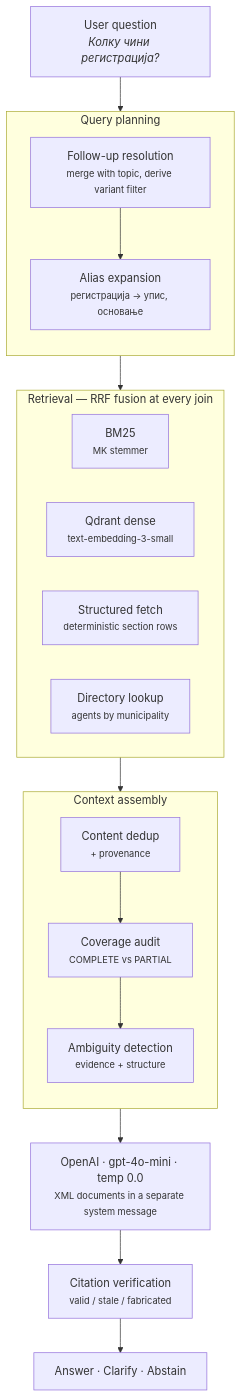
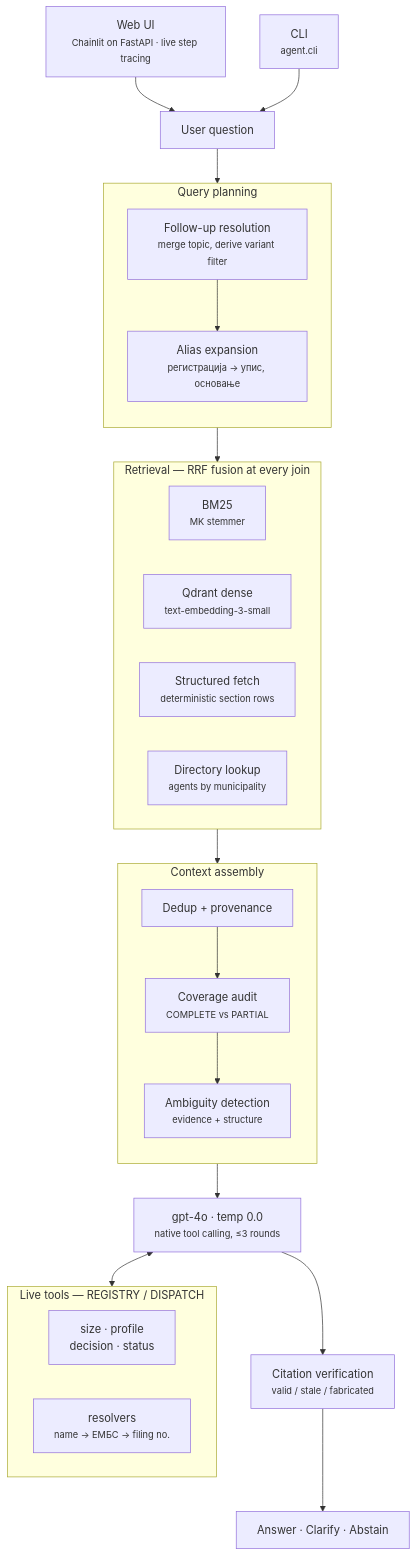
Before and after one commit to ditoelrey/crm-rag-agent: the diagram in README.md, drawn with Mermaid. The commit also changed other lines of this file and 22 other files, not shown here.

````diff
--- a/README.md
+++ b/README.md
@@ -64,35 +39,45 @@
 ```mermaid
 flowchart TB
-    Q["User question<br/><i>Колку чини регистрација?</i>"] --> PLAN
+    UI["Web UI<br/><small>Chainlit on FastAPI · live step tracing</small>"] --> Q
+    CLI["CLI<br/><small>agent.cli</small>"] --> Q
+    Q["User question"] --> PLAN
 
     subgraph PLAN ["Query planning"]
         direction TB
-        FU["Follow-up resolution<br/><small>merge with topic, derive variant filter</small>"]
+        FU["Follow-up resolution<br/><small>merge topic, derive variant filter</small>"]
         AL["Alias expansion<br/><small>регистрација → упис, основање</small>"]
         FU --> AL
     end
 
     PLAN --> RET
 
     subgraph RET ["Retrieval — RRF fusion at every join"]
         direction LR
         BM["BM25<br/><small>MK stemmer</small>"]
         DE["Qdrant dense<br/><small>text-embedding-3-small</small>"]
         SF["Structured fetch<br/><small>deterministic section rows</small>"]
         DL["Directory lookup<br/><small>agents by municipality</small>"]
     end
 
     RET --> CTX
 
     subgraph CTX ["Context assembly"]
         direction TB
-        DD["Content dedup<br/><small>+ provenance</small>"]
+        DD["Dedup + provenance"]
         CV["Coverage audit<br/><small>COMPLETE vs PARTIAL</small>"]
         AM["Ambiguity detection<br/><small>evidence + structure</small>"]
         DD --> CV --> AM
     end
 
-    CTX --> LLM["OpenAI · gpt-4o-mini · temp 0.0<br/><small>XML documents in a separate system message</small>"]
+    CTX --> LLM["gpt-4o · temp 0.0<br/><small>native tool calling, ≤3 rounds</small>"]
+    LLM <--> TOOLS
+
+    subgraph TOOLS ["Live tools — REGISTRY / DISPATCH"]
+        direction LR
+        T1["size · profile<br/>decision · status"]
+        T2["resolvers<br/><small>name → ЕМБС → filing no.</small>"]
+    end
+
     LLM --> VER["Citation verification<br/><small>valid / stale / fabricated</small>"]
     VER --> A["Answer · Clarify · Abstain"]
 ```
````
